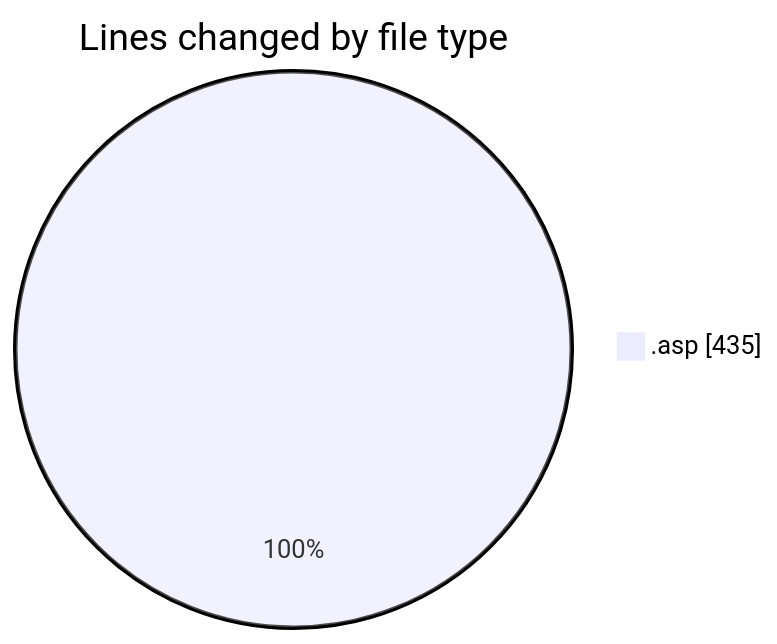
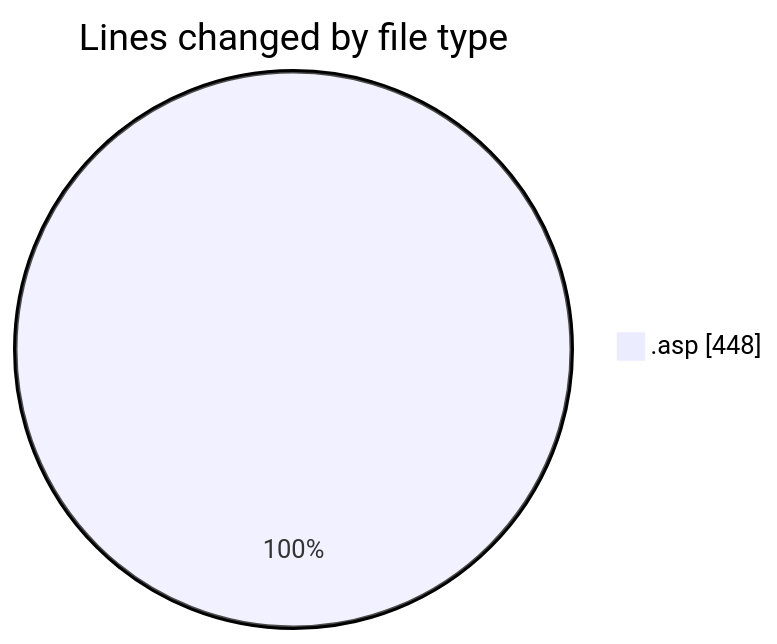
The first of 2 diagrams in 2025-11-15/cdp_aleoudev_fr__workspace_/README.md (julien-gomy/code-tracking), drawn with Mermaid before and after one commit. The commit also changed other lines of this file and 1 other file, not shown here.

````diff
--- a/2025-11-15/cdp_aleoudev_fr__workspace_/README.md
+++ b/2025-11-15/cdp_aleoudev_fr__workspace_/README.md
@@ -25,5 +25,5 @@
 ```mermaid
 pie showData
 title Lines changed by file type
-".asp" : 435
+".asp" : 448
 ```
````
